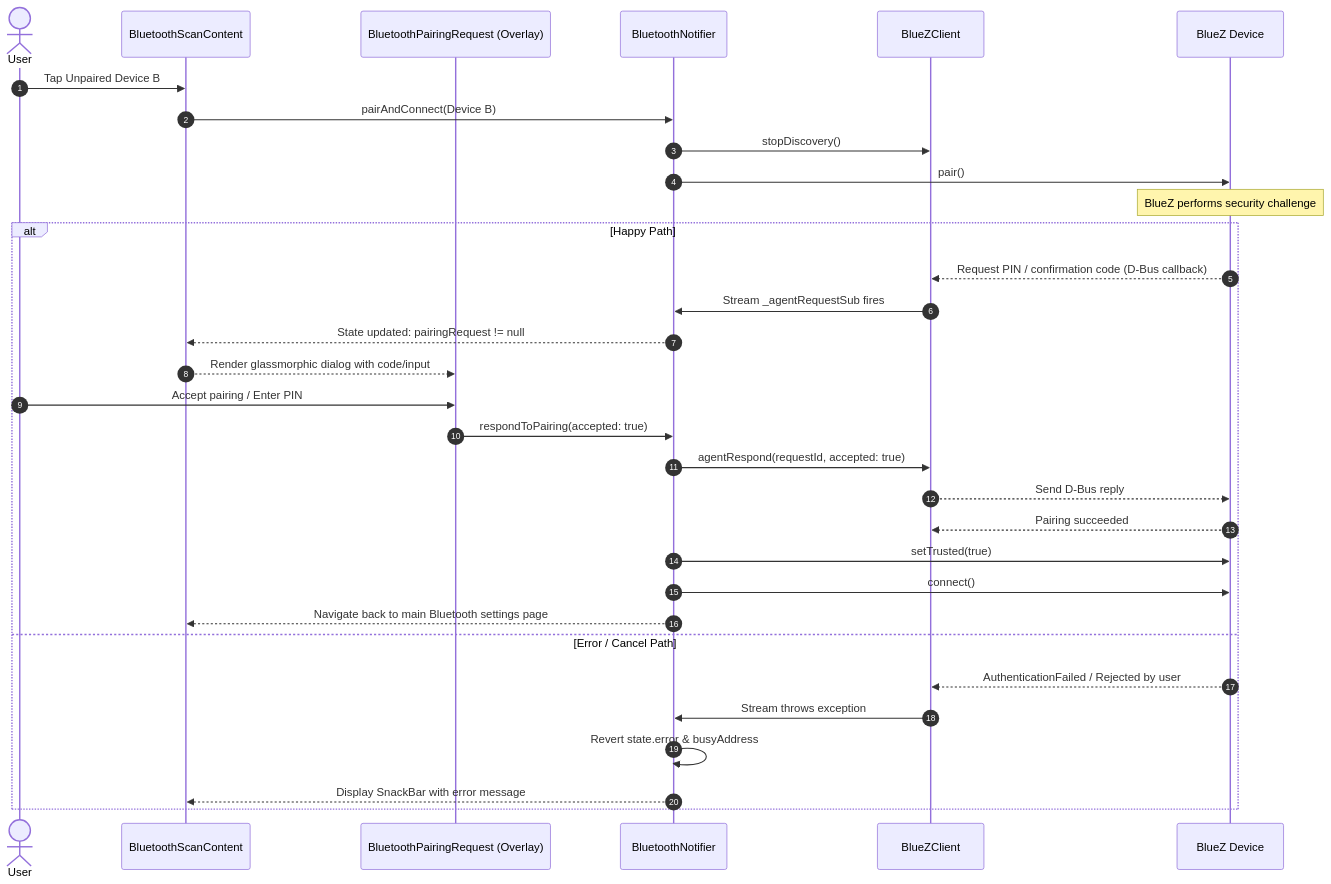
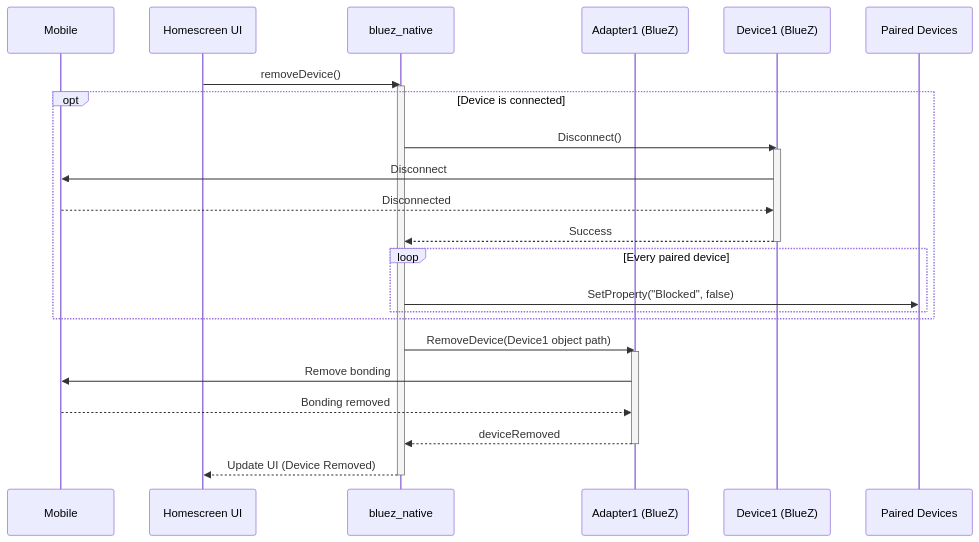
Before and after one commit to jaydon2020/agl-bluetooth-integration-gsoc26: the sixth of 7 diagrams in docs/content/guide/bluetooth-settings.md, drawn with Mermaid. The commit also changed other lines of this file, not shown here.

Commit message:
docs: update Bluetooth Settings Module

```diff
--- a/docs/content/guide/bluetooth-settings.md
+++ b/docs/content/guide/bluetooth-settings.md
@@ -173,36 +225,32 @@
 <pre class="mermaid">
 sequenceDiagram
-    autonumber
-    actor User
-    participant Page as BluetoothScanContent
-    participant PR as BluetoothPairingRequest (Overlay)
-    participant N as BluetoothNotifier
-    participant BC as BlueZClient
-    participant D as BlueZ Device
-    
-    User->>Page: Tap Unpaired Device B
-    Page->>N: pairAndConnect(Device B)
-    N->>BC: stopDiscovery()
-    N->>D: pair()
-    Note over D: BlueZ performs security challenge
-    
-    alt Happy Path
-        D-->>BC: Request PIN / confirmation code (D-Bus callback)
-        BC->>N: Stream _agentRequestSub fires
-        N-->>Page: State updated: pairingRequest != null
-        Page-->>PR: Render glassmorphic dialog with code/input
-        User->>PR: Accept pairing / Enter PIN
-        PR->>N: respondToPairing(accepted: true)
-        N->>BC: agentRespond(requestId, accepted: true)
-        BC-->>D: Send D-Bus reply
-        D-->>BC: Pairing succeeded
-        N->>D: setTrusted(true)
-        N->>D: connect()
-        N-->>Page: Navigate back to main Bluetooth settings page
-    else Error / Cancel Path
-        D-->>BC: AuthenticationFailed / Rejected by user
-        BC->>N: Stream throws exception
-        N->>N: Revert state.error & busyAddress
-        N-->>Page: Display SnackBar with error message
+    participant M as Mobile
+    participant UI as Homescreen UI
+    participant BN as bluez_native
+    participant A as Adapter1 (BlueZ)
+    participant D as Device1 (BlueZ)
+    participant O as Paired Devices
+
+    UI->>BN: removeDevice()
+    activate BN
+    opt Device is connected
+        BN->>D: Disconnect()
+        activate D
+        D->>M: Disconnect
+        M-->>D: Disconnected
+        D-->>BN: Success
+        deactivate D
+        loop Every paired device
+            BN->>O: SetProperty("Blocked", false)
+        end
     end
+
+    BN->>A: RemoveDevice(Device1 object path)
+    activate A
+    A->>M: Remove bonding
+    M-->>A: Bonding removed
+    A-->>BN: deviceRemoved
+    deactivate A
+    BN-->>UI: Update UI (Device Removed)
+    deactivate BN
 </pre>
```
